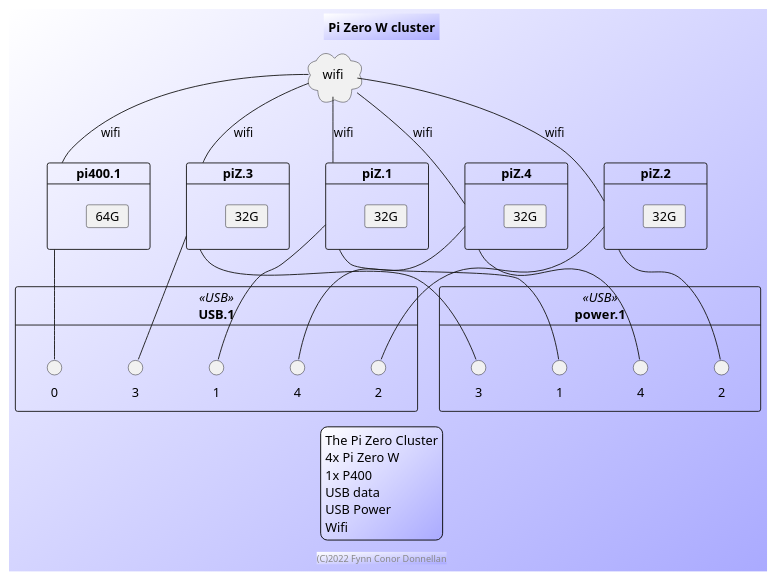
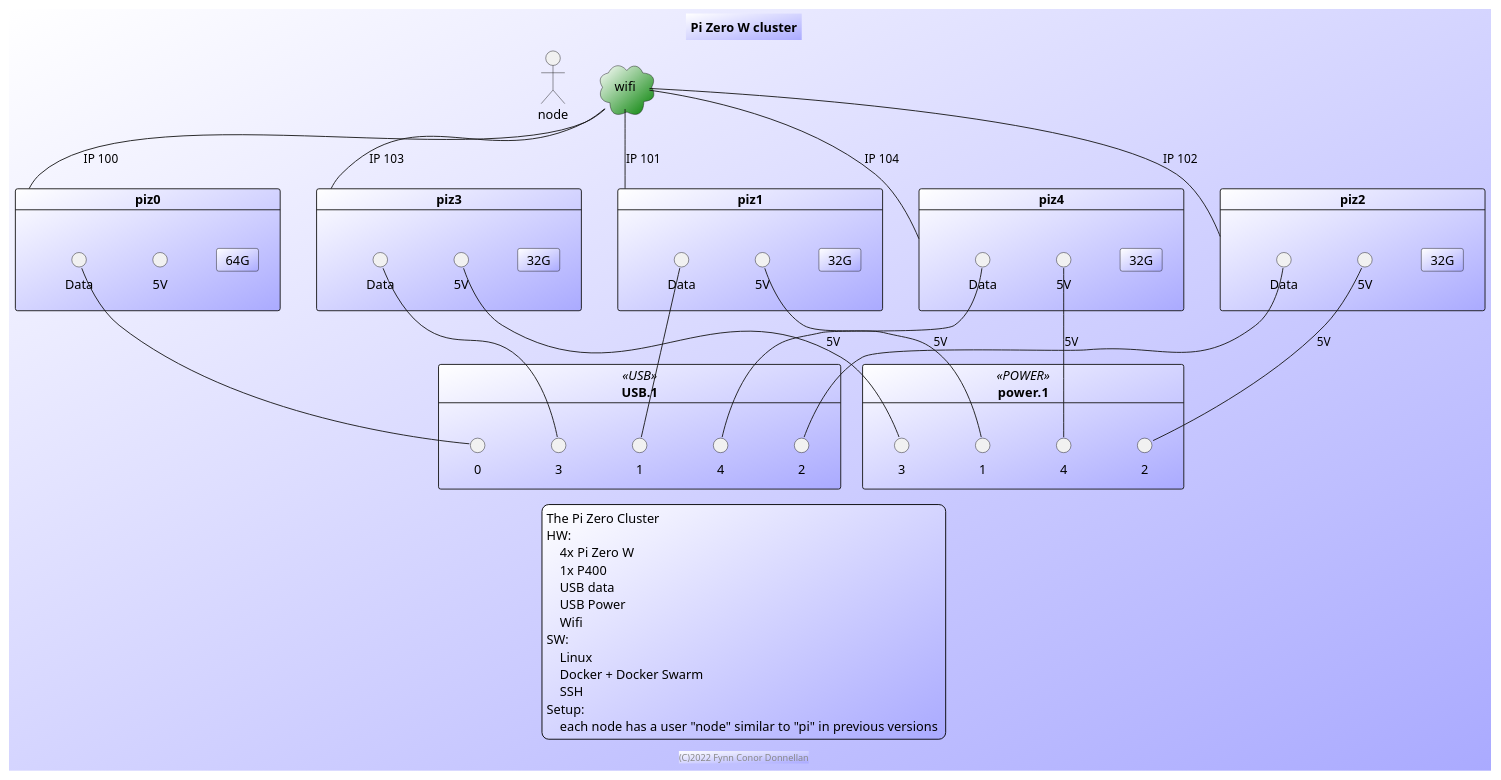
One commit to DonFynn/pi-Zero-Cluster changed the diagram in images/context.plantuml. Above: the diagram before and after it, drawn with PlantUML.

Commit message:
added some deatails

```diff
--- a/images/context.plantuml
+++ b/images/context.plantuml
@@ -1,73 +1,93 @@
 @startuml
 title Pi Zero W cluster
 footer (C)2022 Fynn Conor Donnellan
 skinparam NoteShadowing true
 skinparam BackgroundColor #fff/aaf
-
+skinparam CardBackgroundColor #fff/aaf
+skinparam CloudBackgroundColor #fff/green
 legend
 The Pi Zero Cluster
-4x Pi Zero W
-1x P400
-USB data
-USB Power
-Wifi
+HW:
+    4x Pi Zero W
+    1x P400
+    USB data
+    USB Power
+    Wifi
+SW:
+    Linux
+    Docker + Docker Swarm
+    SSH
+Setup:
+    each node has a user "node" similar to "pi" in previous versions 
 end legend
 
-card piZ.1 {
+actor node
+
+card "piz1" as piZ.1 {
     card "32G" as piZ.1.32G
+    interface "5V" as piZ.1.power
+    interface "Data" as piZ.1.data
 }
-card piZ.2 {
+card "piz2" as piZ.2 {
     card "32G" as piZ.2.32G
+    interface "5V" as piZ.2.power
+    interface "Data" as piZ.2.data
 }
-card piZ.3 {
+card "piz3" as piZ.3 {
     card "32G" as piZ.3.32G
+    interface "5V" as piZ.3.power
+    interface "Data" as piZ.3.data
 }
-card piZ.4 {
+card "piz4" as piZ.4 {
     card "32G" as piZ.4.32G
+    interface "5V" as piZ.4.power
+    interface "Data" as piZ.4.data
 }
-card pi400.1 {
+card "piz0" as  pi400.1 {
     card "64G" as pi400.1.64G
+    interface "5V" as pi400.1.power
+    interface "Data" as pi400.1.data
 }
 
 cloud wifi
 
-card power.1 <<USB>> {
+card power.1 <<POWER>> {
     interface "1" as power.1.1
     interface "2" as power.1.2
     interface "3" as power.1.3
     interface "4" as power.1.4
 ''    interface "5" as power.1.5
 ''    interface "6" as power.1.6
 ''    interface "7" as power.1.7
 ''    interface "8" as power.1.8
 }
 card USB.1 <<USB>> {
     interface "0" as USB.1.0
     interface "1" as USB.1.1
     interface "2" as USB.1.2
     interface "3" as USB.1.3
     interface "4" as USB.1.4
 }
 
 
 ''Power supply
-piZ.1 -- power.1.1
-piZ.2 -- power.1.2
-piZ.3 -- power.1.3
-piZ.4 -- power.1.4
+piZ.1.power -- power.1.1 : 5V
+piZ.2.power -- power.1.2 : 5V
+piZ.3.power -- power.1.3 : 5V
+piZ.4.power -- power.1.4 : 5V
 
 ''USB Data
-pi400.1 -- USB.1.0
-piZ.1 -- USB.1.1
-piZ.2 -- USB.1.2
-piZ.3 -- USB.1.3
-piZ.4 -- USB.1.4
+pi400.1.data -- USB.1.0
+piZ.1.data -- USB.1.1
+piZ.2.data -- USB.1.2
+piZ.3.data -- USB.1.3
+piZ.4.data -- USB.1.4
 
 ''wifi 
-wifi -- piZ.1 : wifi
-wifi -- piZ.2 : wifi
-wifi -- piZ.3 : wifi
-wifi -- piZ.4 : wifi
-wifi -- pi400.1 : wifi
+wifi -- piZ.1 : IP 101
+wifi -- piZ.2 : IP 102
+wifi -- piZ.3 : IP 103
+wifi -- piZ.4 : IP 104
+wifi -- pi400.1 : IP 100
 
 @enduml
```
